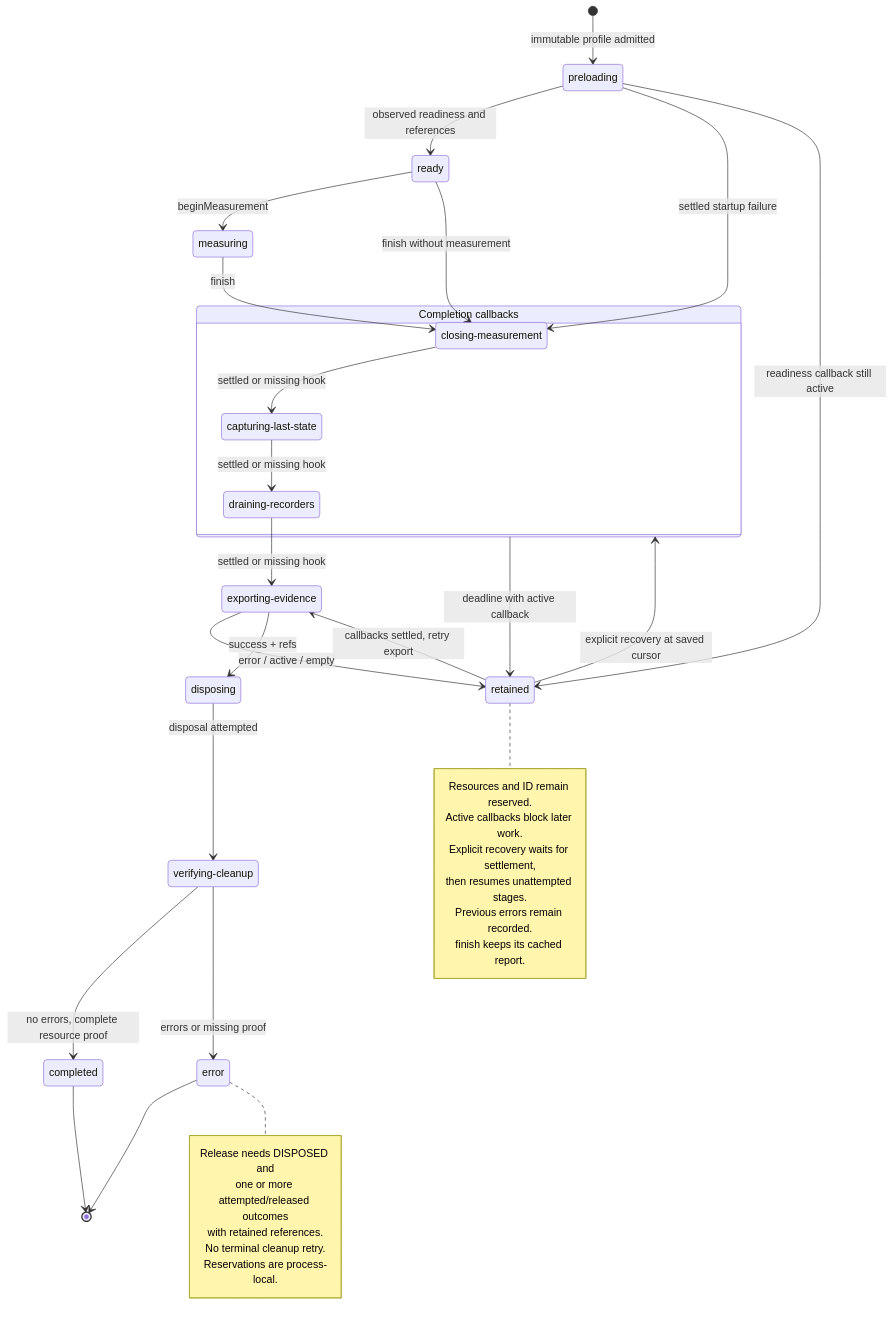
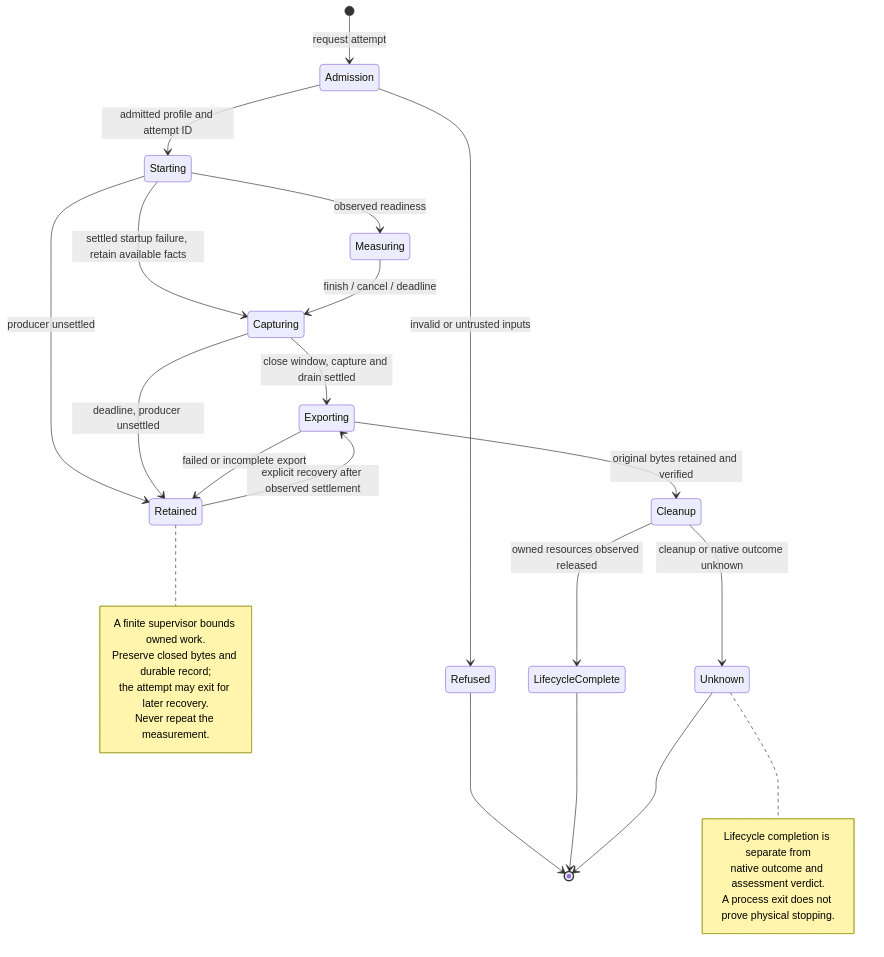
The diagram in docs/architecture/run-state.mmd (mmkolpakov/robotics-runtime), drawn with Mermaid before and after one commit. The commit also changed 25 other files, not shown here.

Commit message:
docs: define target verification architecture

```diff
--- a/docs/architecture/run-state.mmd
+++ b/docs/architecture/run-state.mmd
@@ -1,52 +1,31 @@
 %%{init: {"state": {"useMaxWidth": false}}}%%
 stateDiagram-v2
     direction TB
-    state "preloading" as Preloading
-    state "ready" as Ready
-    state "measuring" as Measuring
-    state "Completion callbacks" as Callbacks {
-        state "closing-measurement" as Closing
-        state "capturing-last-state" as Capturing
-        state "draining-recorders" as Draining
-        Closing --> Capturing: settled or missing hook
-        Capturing --> Draining: settled or missing hook
-    }
-    state "exporting-evidence" as Exporting
-    state "retained" as Retained
-    state "disposing" as Disposing
-    state "verifying-cleanup" as Verifying
-    state "completed" as Completed
-    state "error" as Error
-    [*] --> Preloading: immutable profile admitted
-    Preloading --> Ready: observed readiness and references
-    Preloading --> Closing: settled startup failure
-    Preloading --> Retained: readiness callback still active
-    Ready --> Measuring: beginMeasurement
-    Ready --> Closing: finish without measurement
-    Measuring --> Closing: finish
-    Callbacks --> Retained: deadline with active callback
-    Draining --> Exporting: settled or missing hook
-    Retained --> Callbacks: explicit recovery at saved cursor
-    Retained --> Exporting: callbacks settled, retry export
-    Exporting --> Retained: error / active / empty
-    Exporting --> Disposing: success + refs
-    Disposing --> Verifying: disposal attempted
-    Verifying --> Completed: no errors, complete resource proof
-    Verifying --> Error: errors or missing proof
-    Completed --> [*]
-    Error --> [*]
+    [*] --> Admission: request attempt
+    Admission --> Refused: invalid or untrusted inputs
+    Admission --> Starting: admitted profile and attempt ID
+    Starting --> Measuring: observed readiness
+    Starting --> Capturing: settled startup failure, retain available facts
+    Starting --> Retained: producer unsettled
+    Measuring --> Capturing: finish / cancel / deadline
+    Capturing --> Exporting: close window, capture and drain settled
+    Capturing --> Retained: deadline, producer unsettled
+    Exporting --> Retained: failed or incomplete export
+    Exporting --> Cleanup: original bytes retained and verified
+    Retained --> Exporting: explicit recovery after observed settlement
+    Cleanup --> LifecycleComplete: owned resources observed released
+    Cleanup --> Unknown: cleanup or native outcome unknown
+    Refused --> [*]
+    LifecycleComplete --> [*]
+    Unknown --> [*]
     note right of Retained
-        Resources and ID remain reserved.
-        Active callbacks block later work.
-        Explicit recovery waits for settlement,
-        then resumes unattempted stages.
-        Previous errors remain recorded.
-        finish keeps its cached report.
+        A finite supervisor bounds owned work.
+        Preserve closed bytes and durable record;
+        the attempt may exit for later recovery.
+        Never repeat the measurement.
     end note
-    note right of Error
-        Release needs DISPOSED and
-        one or more attempted/released outcomes
-        with retained references.
-        No terminal cleanup retry.
-        Reservations are process-local.
+    note right of Unknown
+        Lifecycle completion is separate from
+        native outcome and assessment verdict.
+        A process exit does not prove physical stopping.
     end note
```
